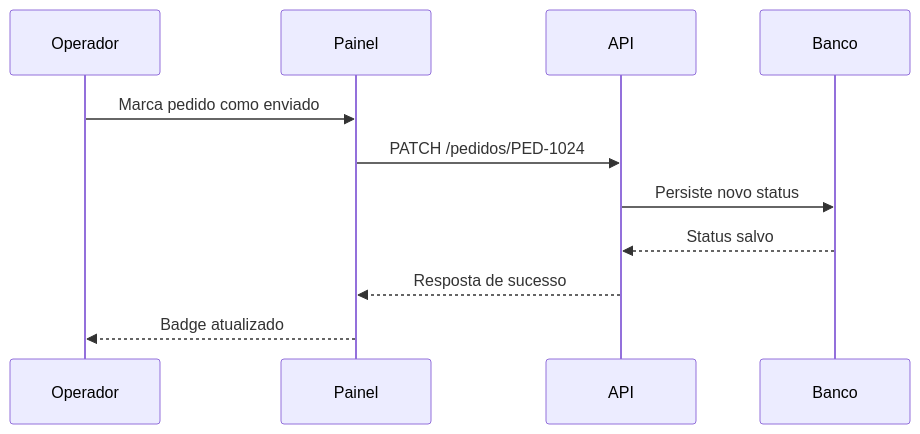
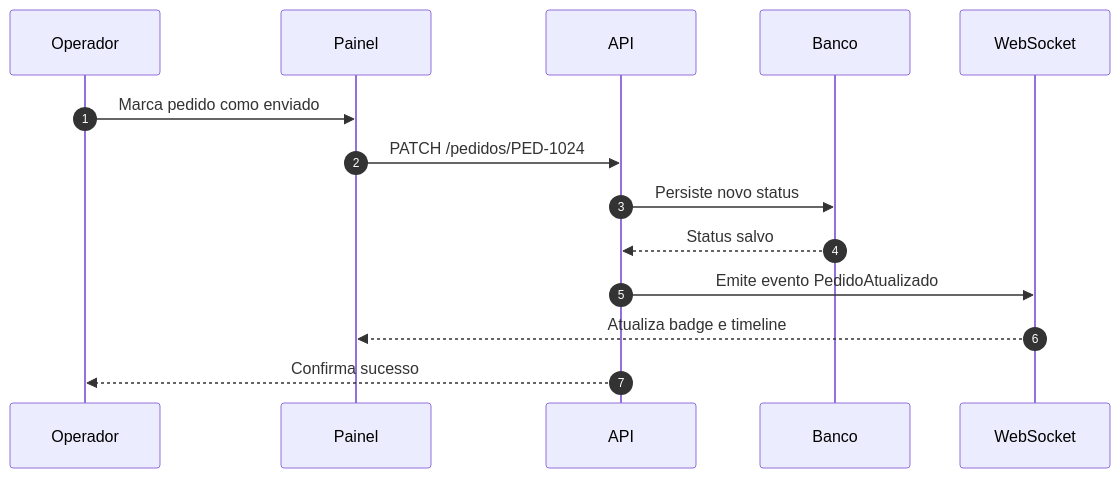
The diagram in exemplo-markdown-04.md (adriano-inf-br/markdown-editor-01), drawn with Mermaid before and after one commit. The commit also changed other lines of this file and 14 other files, not shown here.

````diff
--- a/exemplo-markdown-04.md
+++ b/exemplo-markdown-04.md
@@ -29,14 +32,17 @@
 ```mermaid
 sequenceDiagram
+    autonumber
     participant Operador
     participant Painel
     participant API
     participant Banco
+    participant WebSocket
 
     Operador->>Painel: Marca pedido como enviado
     Painel->>API: PATCH /pedidos/PED-1024
     API->>Banco: Persiste novo status
     Banco-->>API: Status salvo
-    API-->>Painel: Resposta de sucesso
-    Painel-->>Operador: Badge atualizado
+    API->>WebSocket: Emite evento PedidoAtualizado
+    WebSocket-->>Painel: Atualiza badge e timeline
+    API-->>Operador: Confirma sucesso
 ```
````
